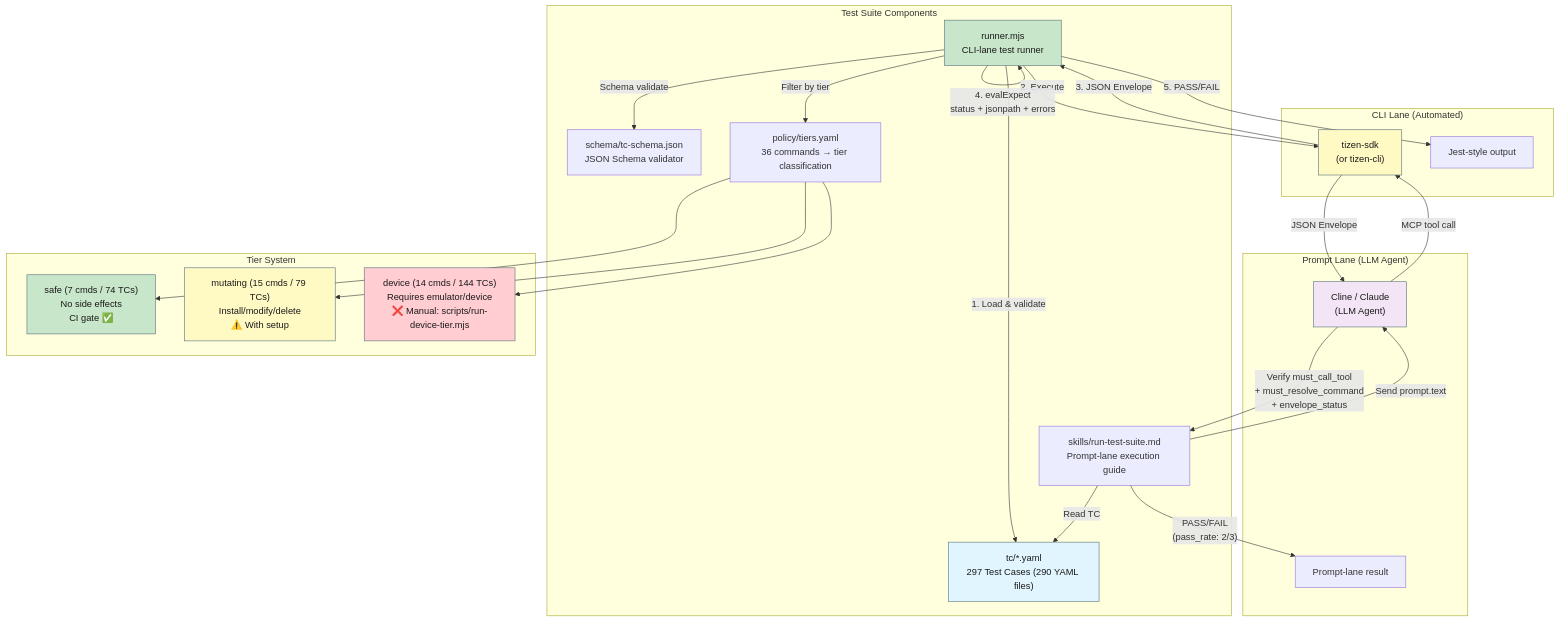
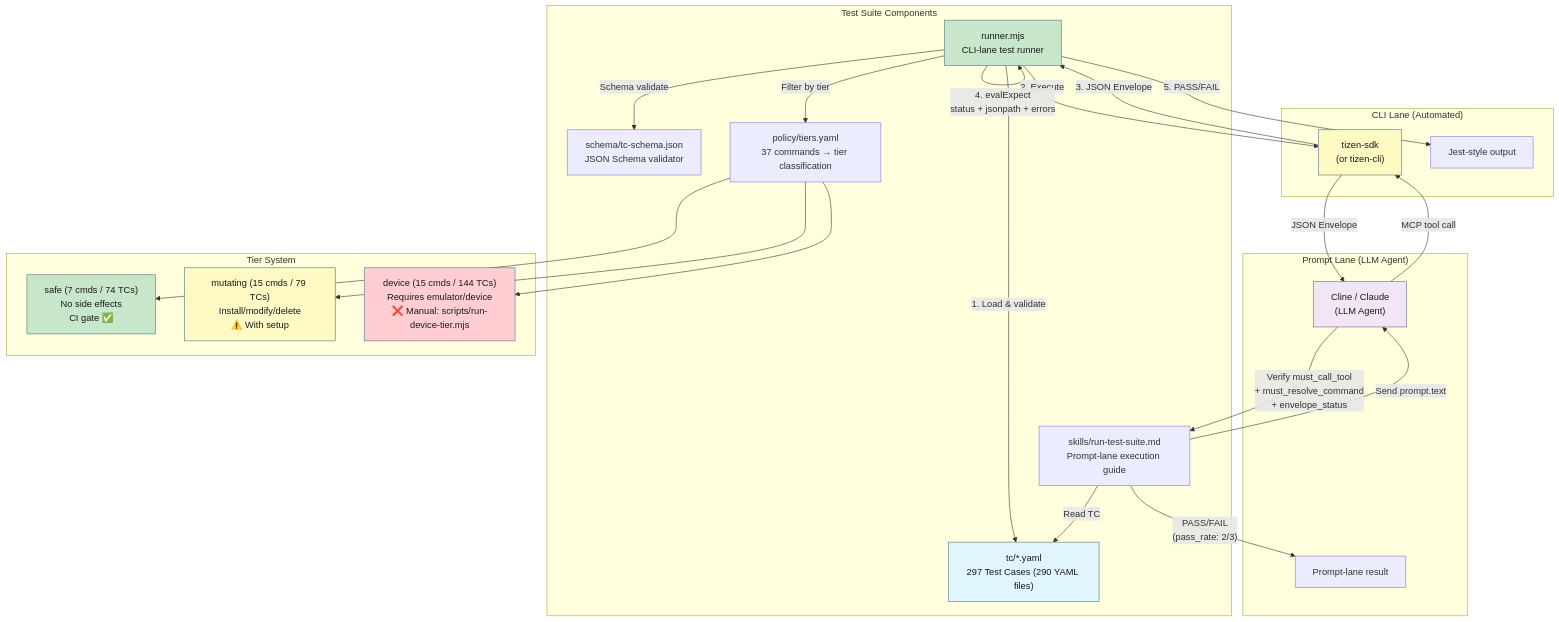
One commit to Samsung/tizen-agent-skills changed the first of 4 diagrams in tizen-sdk-skills/tests/README.md. Above: the diagram before and after it, drawn with Mermaid. The commit also changed other lines of this file and 35 other files, not shown here.

First line of the commit message:
feat: add tizen-ecp skill for Emulator Control Panel commands

````diff
--- a/tizen-sdk-skills/tests/README.md
+++ b/tizen-sdk-skills/tests/README.md
@@ -11,46 +11,46 @@
 ```mermaid
 graph TB
     subgraph "Test Suite Components"
         TC["tc/*.yaml<br/>297 Test Cases (290 YAML files)"]
         SCHEMA["schema/tc-schema.json<br/>JSON Schema validator"]
-        POLICY["policy/tiers.yaml<br/>36 commands → tier classification"]
+        POLICY["policy/tiers.yaml<br/>37 commands → tier classification"]
         RUNNER["runner.mjs<br/>CLI-lane test runner"]
         SKILLS["skills/run-test-suite.md<br/>Prompt-lane execution guide"]
     end
 
     subgraph "CLI Lane (Automated)"
         RUNNER -->|"1. Load & validate"| TC
         RUNNER -->|"Schema validate"| SCHEMA
         RUNNER -->|"Filter by tier"| POLICY
         RUNNER -->|"2. Execute"| PLUGIN["tizen-sdk<br/>(or tizen-cli)"]
         PLUGIN -->|"3. JSON Envelope"| RUNNER
         RUNNER -->|"4. evalExpect<br/>status + jsonpath + errors"| RUNNER
         RUNNER -->|"5. PASS/FAIL"| RESULT["Jest-style output"]
     end
 
     subgraph "Prompt Lane (LLM Agent)"
         SKILLS -->|"Read TC"| TC
         SKILLS -->|"Send prompt.text"| LLM["Cline / Claude<br/>(LLM Agent)"]
         LLM -->|"MCP tool call"| PLUGIN
         PLUGIN -->|"JSON Envelope"| LLM
         LLM -->|"Verify must_call_tool<br/>+ must_resolve_command<br/>+ envelope_status"| SKILLS
         SKILLS -->|"PASS/FAIL<br/>(pass_rate: 2/3)"| RESULT2["Prompt-lane result"]
     end
 
     subgraph "Tier System"
         SAFE["safe (7 cmds / 74 TCs)<br/>No side effects<br/>CI gate ✅"]
         MUTATING["mutating (15 cmds / 79 TCs)<br/>Install/modify/delete<br/>⚠️ With setup"]
-        DEVICE["device (14 cmds / 144 TCs)<br/>Requires emulator/device<br/>❌ Manual: scripts/run-device-tier.mjs"]
+        DEVICE["device (15 cmds / 144 TCs)<br/>Requires emulator/device<br/>❌ Manual: scripts/run-device-tier.mjs"]
         POLICY --> SAFE
         POLICY --> MUTATING
         POLICY --> DEVICE
     end
 
     style TC fill:#e1f5fe,stroke:#546e7a,color:#1a1a1a
     style RUNNER fill:#c8e6c9,stroke:#546e7a,color:#1a1a1a
     style PLUGIN fill:#fff9c4,stroke:#546e7a,color:#1a1a1a
     style LLM fill:#f3e5f5,stroke:#546e7a,color:#1a1a1a
     style SAFE fill:#c8e6c9,stroke:#546e7a,color:#1a1a1a
     style MUTATING fill:#fff9c4,stroke:#546e7a,color:#1a1a1a
     style DEVICE fill:#ffcdd2,stroke:#546e7a,color:#1a1a1a
 ```
````
